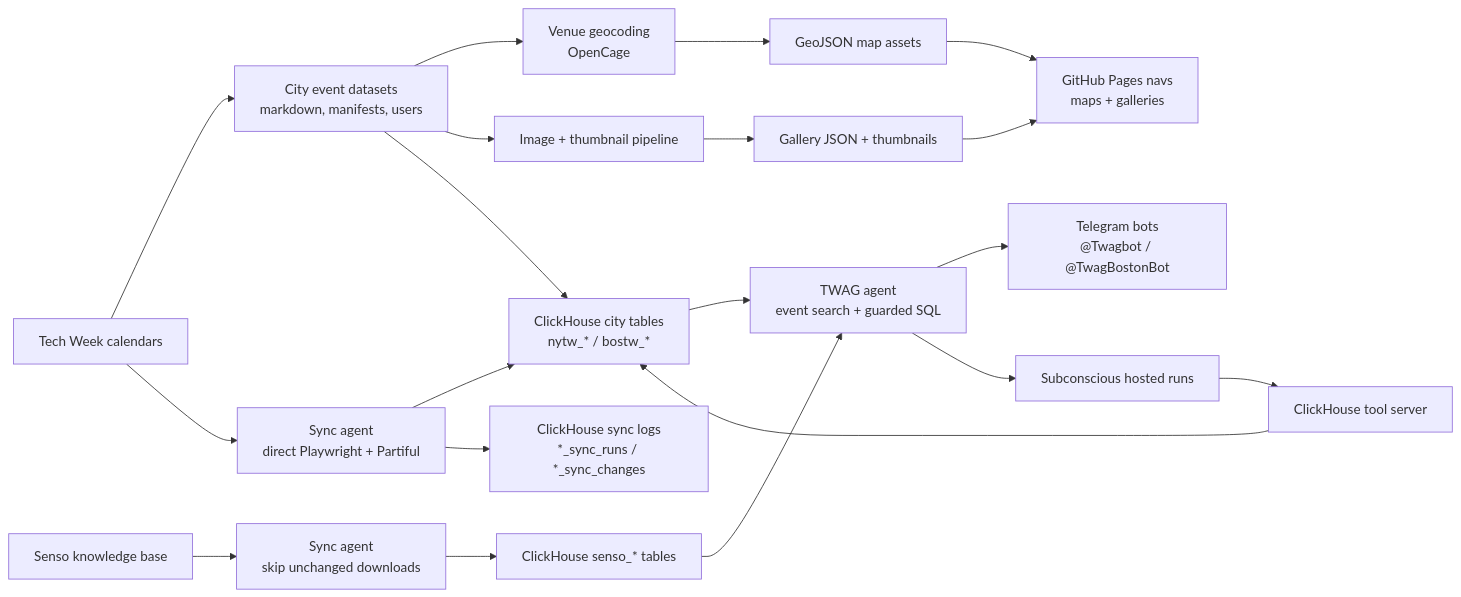
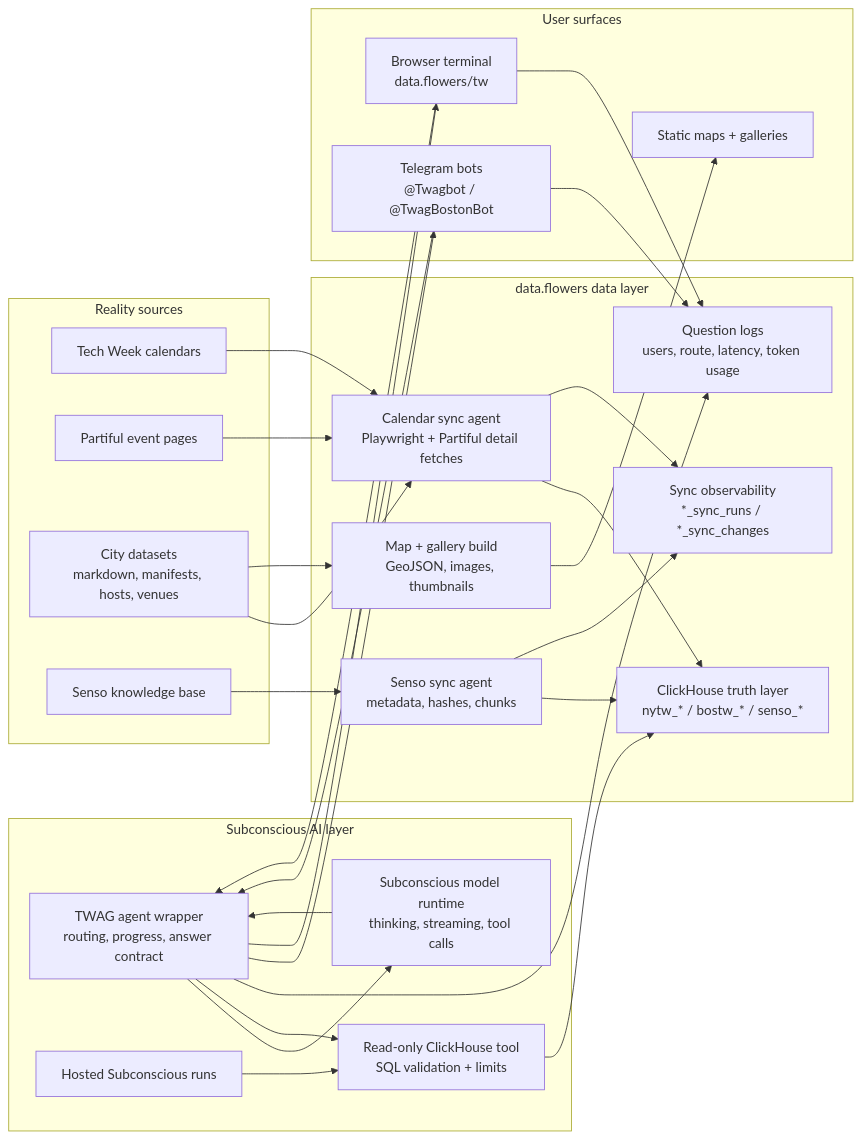
The diagram in README.md (aleksj/twag), drawn with Mermaid before and after one commit. The commit also changed other lines of this file and 15 other files, not shown here.

Commit message:
Update TWAG agent docs and terminal deployment

````diff
--- a/README.md
+++ b/README.md
@@ -44,24 +119,56 @@
 ```mermaid
 flowchart LR
-  A["Tech Week calendars"] --> B["City event datasets<br/>markdown, manifests, users"]
-  B --> C["Venue geocoding<br/>OpenCage"]
-  B --> D["Image + thumbnail pipeline"]
-  C --> E["GeoJSON map assets"]
-  D --> F["Gallery JSON + thumbnails"]
-  E --> G["GitHub Pages navs<br/>maps + galleries"]
+  subgraph Reality["Reality sources"]
+    A["Tech Week calendars"]
+    B["Partiful event pages"]
+    C["City datasets<br/>markdown, manifests, hosts, venues"]
+    D["Senso knowledge base"]
+  end
+
+  subgraph DataFlowers["data.flowers data layer"]
+    E["Calendar sync agent<br/>Playwright + Partiful detail fetches"]
+    F["Senso sync agent<br/>metadata, hashes, chunks"]
+    G["ClickHouse truth layer<br/>nytw_* / bostw_* / senso_*"]
+    H["Sync observability<br/>*_sync_runs / *_sync_changes"]
+    I["Map + gallery build<br/>GeoJSON, images, thumbnails"]
+    J["Question logs<br/>users, route, latency, token usage"]
+  end
+
+  subgraph SubconsciousLayer["Subconscious AI layer"]
+    K["TWAG agent wrapper<br/>routing, progress, answer contract"]
+    L["Subconscious model runtime<br/>thinking, streaming, tool calls"]
+    M["Read-only ClickHouse tool<br/>SQL validation + limits"]
+    N["Hosted Subconscious runs"]
+  end
+
+  subgraph Users["User surfaces"]
+    O["Telegram bots<br/>@Twagbot / @TwagBostonBot"]
+    P["Browser terminal<br/>data.flowers/tw"]
+    Q["Static maps + galleries"]
+  end
+
+  A --> E
+  B --> E
+  C --> E
+  D --> F
+  E --> G
+  E --> H
   F --> G
+  F --> H
+  C --> I
+  I --> Q
 
-  B --> H["ClickHouse city tables<br/>nytw_* / bostw_*"]
-  I["Senso knowledge base"] --> J["Sync agent<br/>skip unchanged downloads"]
-  J --> K["ClickHouse senso_* tables"]
-  A --> P["Sync agent<br/>direct Playwright + Partiful"]
-  P --> H
-  P --> Q["ClickHouse sync logs<br/>*_sync_runs / *_sync_changes"]
+  O --> K
+  P --> K
+  K --> L
+  L --> K
+  K --> M
+  M --> G
+  K --> J
+  O --> J
+  P --> J
+  K --> O
+  K --> P
 
-  H --> L["TWAG agent<br/>event search + guarded SQL"]
-  K --> L
-  L --> M["Telegram bots<br/>@Twagbot / @TwagBostonBot"]
-  L --> N["Subconscious hosted runs"]
-  O["ClickHouse tool server"] --> H
-  N --> O
+  N --> M
 ```
````
